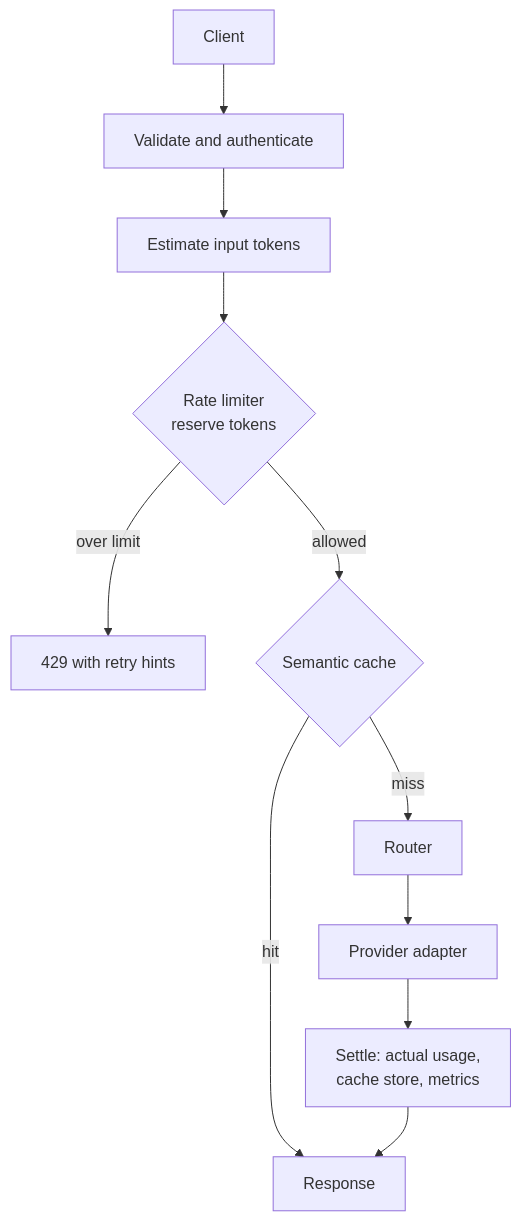
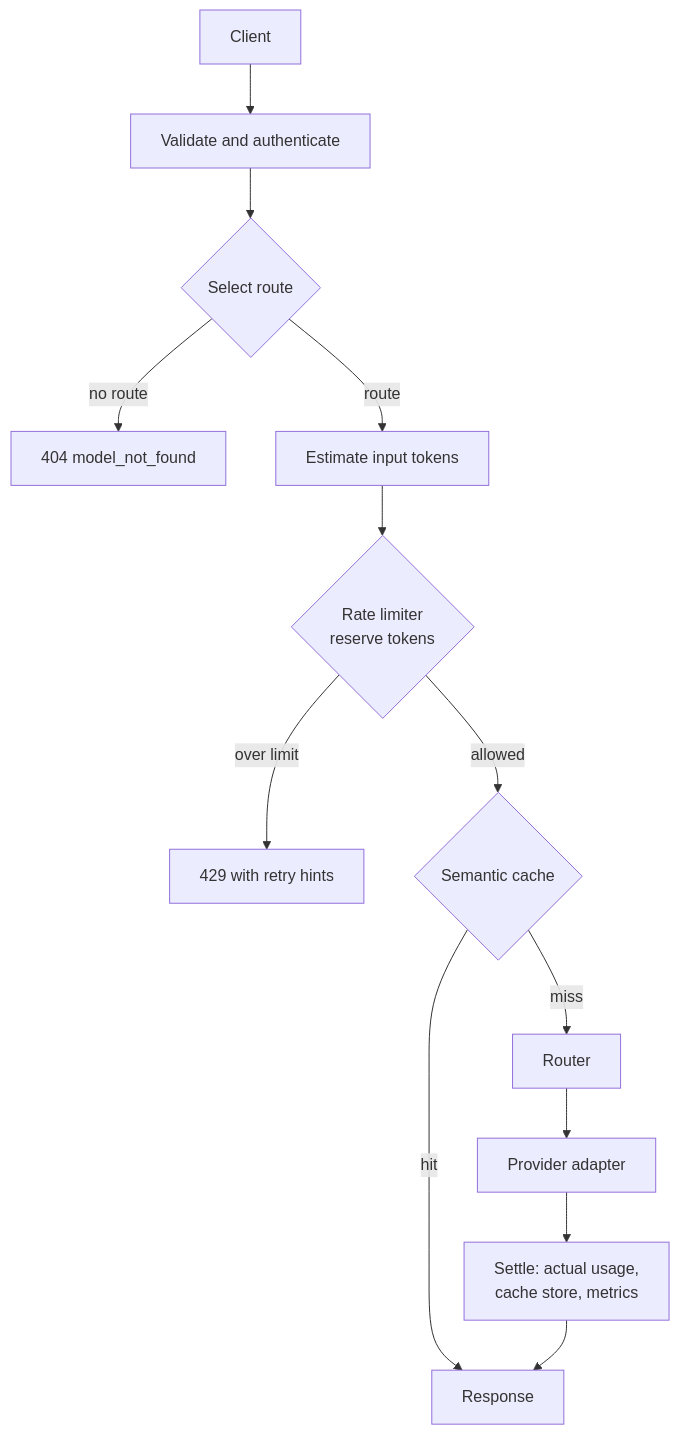
One commit to apoorvrajdev/tollgate changed the diagram in docs/ARCHITECTURE.md. Above: the diagram before and after it, drawn with Mermaid. The commit also changed other lines of this file and 2 other files, not shown here.

````diff
--- a/docs/ARCHITECTURE.md
+++ b/docs/ARCHITECTURE.md
@@ -22,13 +22,15 @@
 ```mermaid
 flowchart TB
   C[Client] --> V[Validate and authenticate]
-  V --> E[Estimate input tokens]
+  V --> SEL{Select route}
+  SEL -- no route --> R404[404 model_not_found]
+  SEL -- route --> E[Estimate input tokens]
   E --> RL{Rate limiter<br/>reserve tokens}
   RL -- over limit --> R429[429 with retry hints]
   RL -- allowed --> SC{Semantic cache}
   SC -- hit --> RESP[Response]
   SC -- miss --> RT[Router]
   RT --> P[Provider adapter]
   P --> ST[Settle: actual usage,<br/>cache store, metrics]
   ST --> RESP
 ```
````
